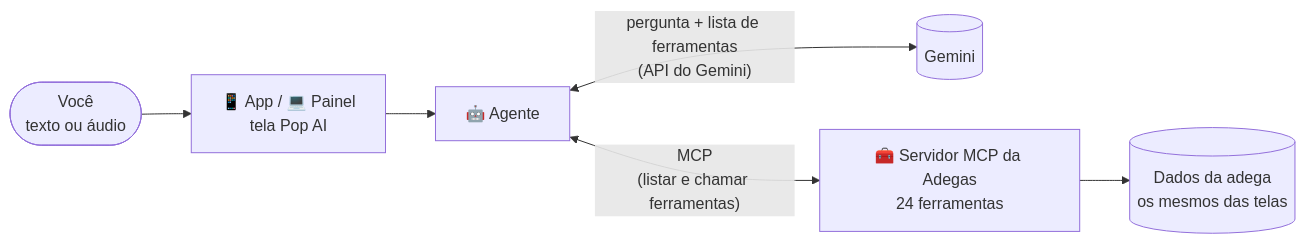
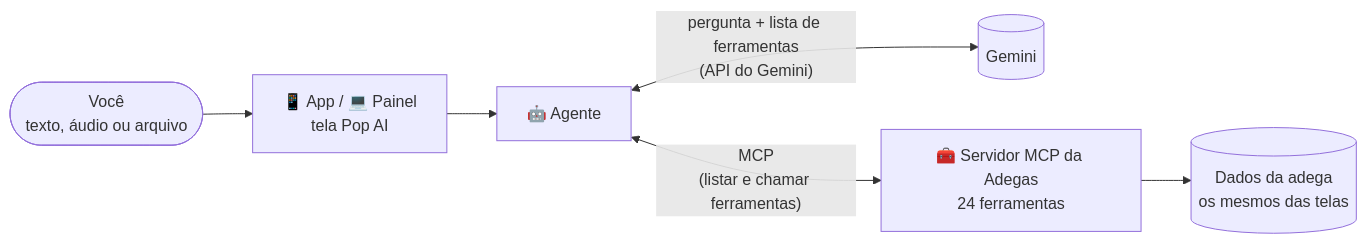
Before and after one commit to Diogo632/Adegas: the diagram in docs/ASSISTENTE.md, drawn with Mermaid. The commit also changed other lines of this file and 28 other files, not shown here.

````diff
--- a/docs/ASSISTENTE.md
+++ b/docs/ASSISTENTE.md
@@ -52,8 +94,8 @@
 ```mermaid
 flowchart LR
-    Pessoa(["Você<br/>texto ou áudio"]) --> Tela["📱 App / 💻 Painel<br/>tela Pop AI"]
+    Pessoa(["Você<br/>texto, áudio ou arquivo"]) --> Tela["📱 App / 💻 Painel<br/>tela Pop AI"]
     Tela --> Agente["🤖 Agente"]
     Agente <-->|"pergunta + lista de ferramentas<br/>(API do Gemini)"| Gemini[("Gemini")]
     Agente <-->|"MCP<br/>(listar e chamar ferramentas)"| Servidor["🧰 Servidor MCP da Adegas<br/>24 ferramentas"]
     Servidor --> Dados[("Dados da adega<br/>os mesmos das telas")]
 ```
````
